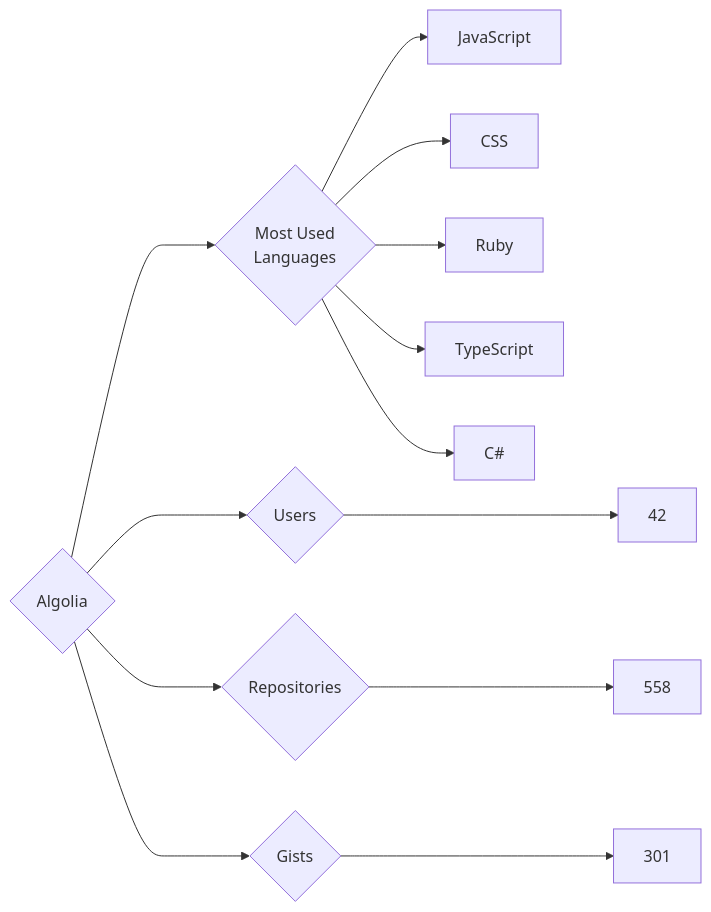
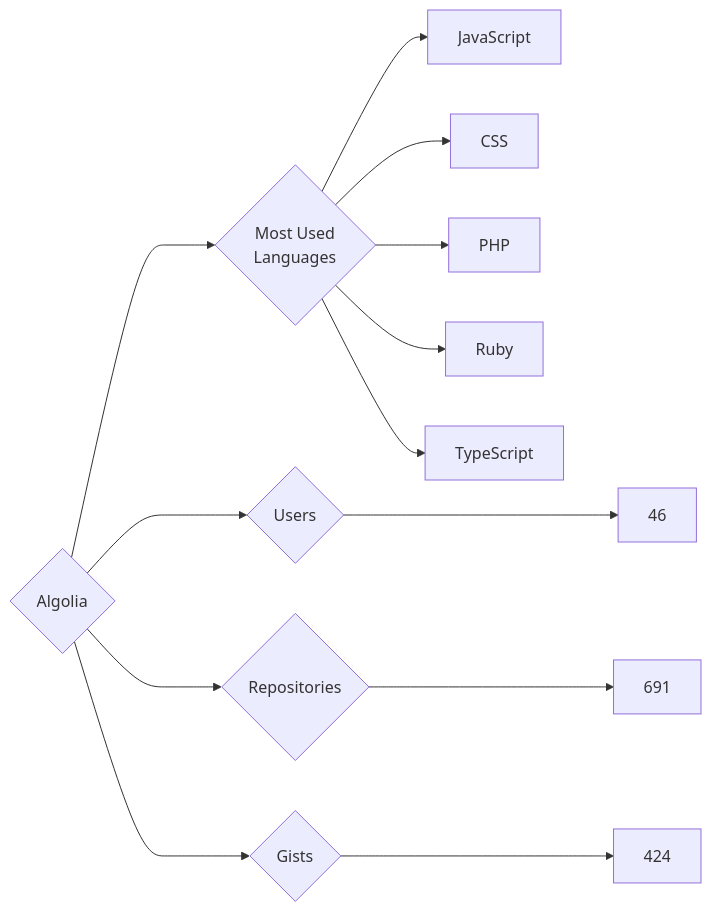
Before and after one commit to trickest/insiders: the diagram in targets/Algolia/README.md, drawn with Mermaid. The commit also changed 882 other files, not shown here.

````diff
--- a/targets/Algolia/README.md
+++ b/targets/Algolia/README.md
@@ -3,13 +3,13 @@
 ```mermaid
 graph LR
 COMPANY_NAME{Algolia}
-COMPANY_NAME ---> U{Users} ---> UN[42]
-COMPANY_NAME ---> R{Repositories} ---> RN[558]
-COMPANY_NAME ---> G{Gists} ---> GN[301]
+COMPANY_NAME ---> U{Users} ---> UN[46]
+COMPANY_NAME ---> R{Repositories} ---> RN[691]
+COMPANY_NAME ---> G{Gists} ---> GN[424]
 COMPANY_NAME ---> ML{Most Used<br>Languages}
 ML --> JavaScript[JavaScript]
 ML --> CSS[CSS]
+ML --> PHP[PHP]
 ML --> Ruby[Ruby]
 ML --> TypeScript[TypeScript]
-ML --> C#[C#]
 ```
````
